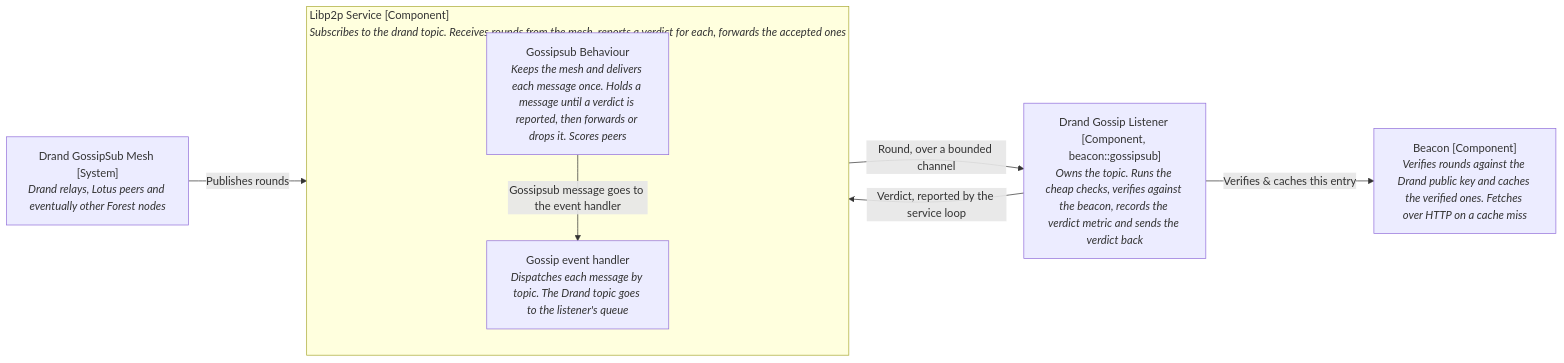
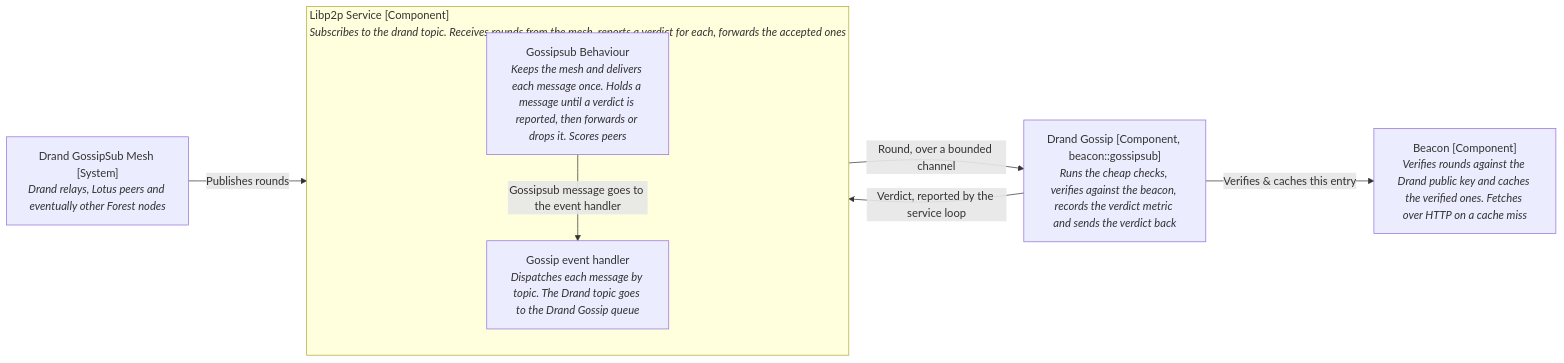
Before and after one commit to ChainSafe/forest: the third of 4 diagrams in docs/docs/developers/deep_dives/drand_gossipsub.md, drawn with Mermaid. The commit also changed other lines of this file and 8 other files, not shown here.

Commit message:
chore: remove listener, use drand gossip only, setup similarly to chain_follower

````diff
--- a/docs/docs/developers/deep_dives/drand_gossipsub.md
+++ b/docs/docs/developers/deep_dives/drand_gossipsub.md
@@ -58,19 +58,19 @@
 ```mermaid
 flowchart LR
   mesh["Drand GossipSub Mesh [System]<br><i>Drand relays, Lotus peers and eventually other Forest nodes</i>"]
   beacon["Beacon [Component]<br><i>Verifies rounds against the Drand public key and caches the verified ones. Fetches over HTTP on a cache miss</i>"]
 
   subgraph libp2p["Libp2p Service [Component]<br><i>Subscribes to the drand topic. Receives rounds from the mesh, reports a verdict for each, forwards the accepted ones</i>"]
     direction TB
     gs["Gossipsub Behaviour<br><i>Keeps the mesh and delivers each message once. Holds a message until a verdict is reported, then forwards or drops it. Scores peers</i>"]
-    handler["Gossip event handler<br><i>Dispatches each message by topic. The Drand topic goes to the listener's queue</i>"]
+    handler["Gossip event handler<br><i>Dispatches each message by topic. The Drand topic goes to the Drand Gossip queue</i>"]
     gs -- "Gossipsub message goes to the event handler" --> handler
   end
 
-  listener["Drand Gossip Listener [Component, beacon::gossipsub]<br><i>Owns the topic. Runs the cheap checks, verifies against the beacon, records the verdict metric and sends the verdict back</i>"]
+  gossip["Drand Gossip [Component, beacon::gossipsub]<br><i>Runs the cheap checks, verifies against the beacon, records the verdict metric and sends the verdict back</i>"]
 
   mesh -- "Publishes rounds" --> gs
-  handler -- "Round, over a bounded channel" --> listener
-  listener -- "Verdict, reported by the service loop" --> gs
-  listener -- "Verifies & caches this entry" --> beacon
+  handler -- "Round, over a bounded channel" --> gossip
+  gossip -- "Verdict, reported by the service loop" --> gs
+  gossip -- "Verifies & caches this entry" --> beacon
 ```
````
